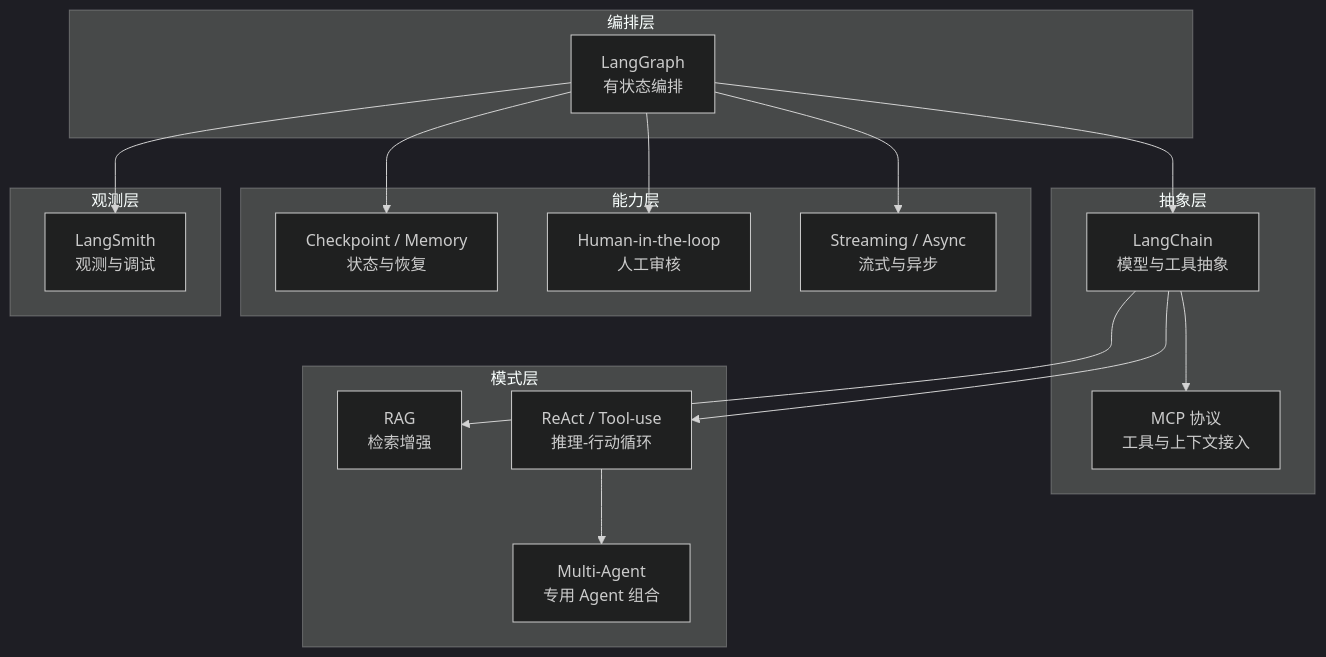
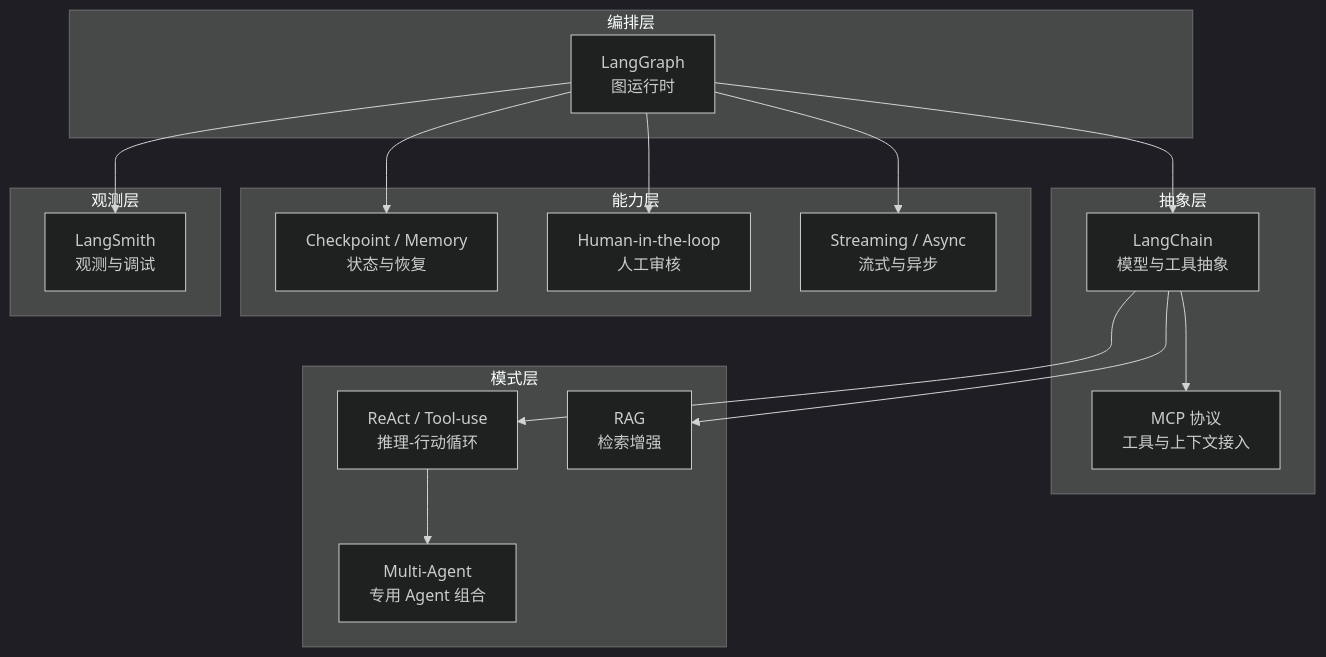
One commit to coeoo/AetherFlow changed the diagram in docs/03-系统架构/技术链设计.md. Above: the diagram before and after it, drawn with Mermaid (dark theme). The commit also changed other lines of this file and 55 other files, not shown here.

````diff
--- a/docs/03-系统架构/技术链设计.md
+++ b/docs/03-系统架构/技术链设计.md
@@ -23,37 +23,37 @@
 ```mermaid
 flowchart TB
     subgraph 编排层
-        LG["LangGraph<br/>有状态编排"]
+        LG["LangGraph<br/>图运行时"]
     end
 
     subgraph 抽象层
         LC["LangChain<br/>模型与工具抽象"]
         MCP["MCP 协议<br/>工具与上下文接入"]
     end
 
     subgraph 模式层
+        ReAct["ReAct / Tool-use<br/>推理-行动循环"]
         RAG["RAG<br/>检索增强"]
-        ReAct["ReAct / Tool-use<br/>推理-行动循环"]
         MA["Multi-Agent<br/>专用 Agent 组合"]
     end
 
     subgraph 能力层
         CP["Checkpoint / Memory<br/>状态与恢复"]
         HITL["Human-in-the-loop<br/>人工审核"]
         SA["Streaming / Async<br/>流式与异步"]
     end
 
     subgraph 观测层
         LS["LangSmith<br/>观测与调试"]
     end
 
     LG --> LC
     LC --> MCP
     LG --> CP
     LG --> HITL
+    LC --> ReAct
     LC --> RAG
-    LC --> ReAct
     ReAct --> MA
     LG --> SA
     LG --> LS
 ```
````
